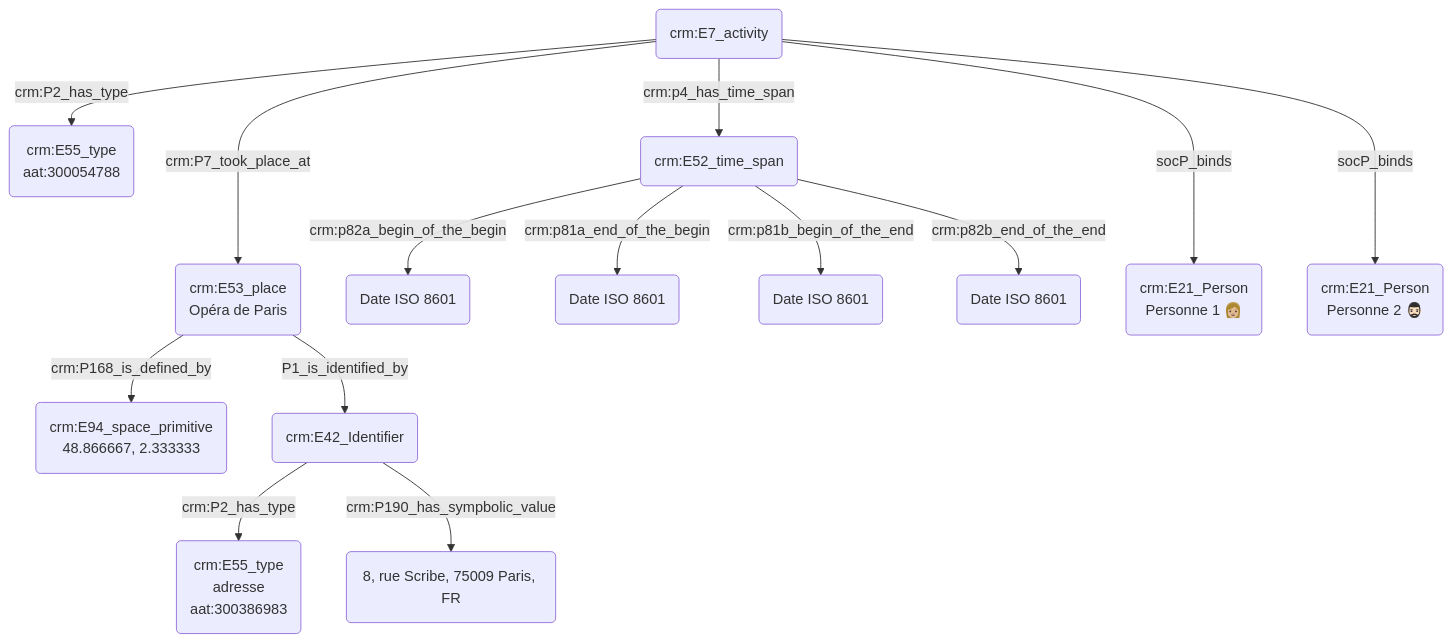
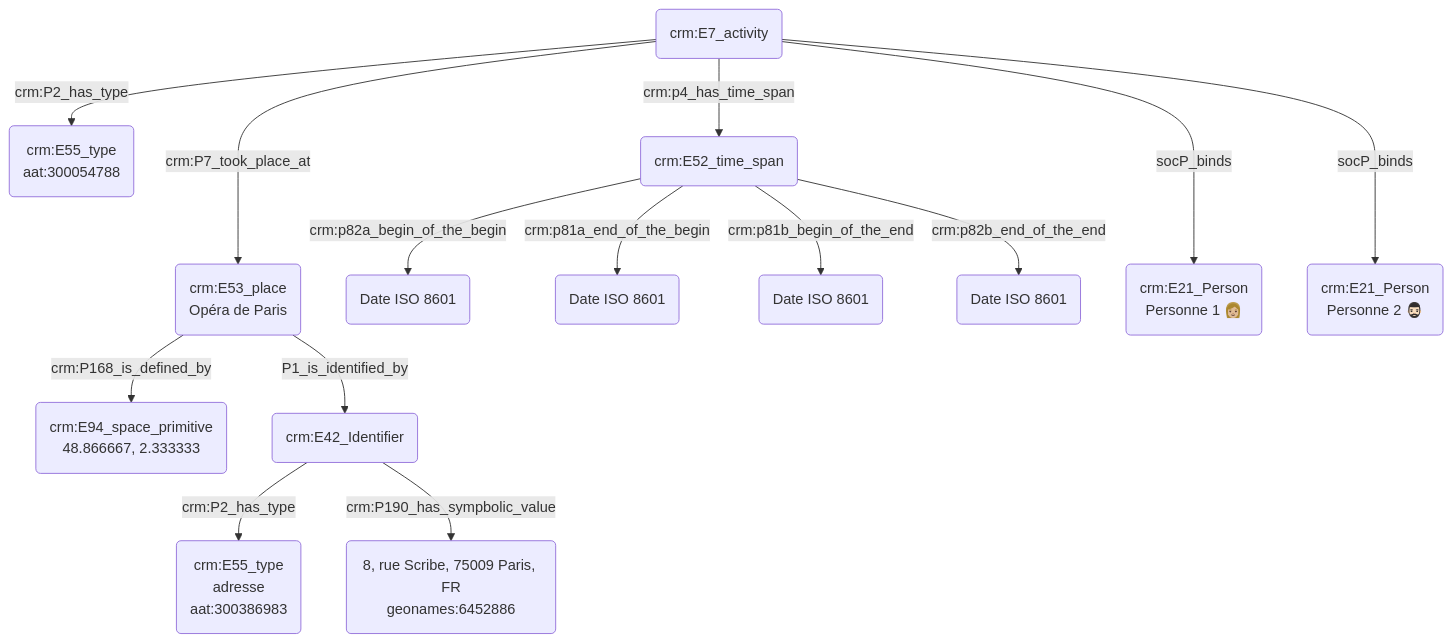
One commit to Amleth/consortium-musica2-gt2-ontologies changed the diagram in modules/livrables/Dossier 2/Prosopographie/rencontre de quelqu'un dans un lieu fréquenté par les deux personnes.md. Above: the diagram before and after it, drawn with Mermaid.

Commit message:
Update rencontre de quelqu'un dans un lieu fréquenté par les deux personnes.md

````diff
--- a/modules/livrables/Dossier 2/Prosopographie/rencontre de quelqu'un dans un lieu fréquenté par les deux personnes.md
+++ b/modules/livrables/Dossier 2/Prosopographie/rencontre de quelqu'un dans un lieu fréquenté par les deux personnes.md
@@ -11,21 +11,21 @@
 ```mermaid
 graph TD;
 
 K(crm:E7_activity<br>rencontre) --->|crm:P7_took_place_at| M(crm:E53_place<br>Opéra de Paris)
 M(crm:E53_place<br>Opéra de Paris) --> |crm:P168_is_defined_by| N(crm:E94_space_primitive
 48.866667, 2.333333)
 M(crm:E53_place<br>Opéra de Paris) --> |P1_is_identified_by| O(crm:E42_Identifier)
 O(crm:E42_Identifier) --> |crm:P2_has_type| P(crm:E55_type<br>adresse<br>aat:300386983)
-O(crm:E42_Identifier) --> |crm:P190_has_sympbolic_value| Q(8, rue Scribe, 75009 Paris, FR)
+O(crm:E42_Identifier) --> |crm:P190_has_sympbolic_value| Q(8, rue Scribe, 75009 Paris, FR<br>geonames:6452886)
 K(crm:E7_activity<br>recontre) --> |crm:P2_has_type| L(crm:E55_type<br>aat:300054788)
  
 K(crm:E7_activity) --> |crm:p4_has_time_span| D(crm:E52_time_span)
 D(crm:E52_time_span) --> |crm:p82a_begin_of_the_begin| E("Date ISO 8601")
 D(crm:E52_time_span) --> |crm:p81a_end_of_the_begin| F("Date ISO 8601")
 D(crm:E52_time_span) --> |crm:p81b_begin_of_the_end|G("Date ISO 8601")
 D(crm:E52_time_span) --> |crm:p82b_end_of_the_end| H("Date ISO 8601")
 
 K(crm:E7_activity) --->|socP_binds| A("crm:E21_Person<br>Personne 1 👩🏼")
 K(crm:E7_activity) --->|socP_binds| J("crm:E21_Person<br>Personne 2 🧔🏻‍♂️")
 
 ```
````
